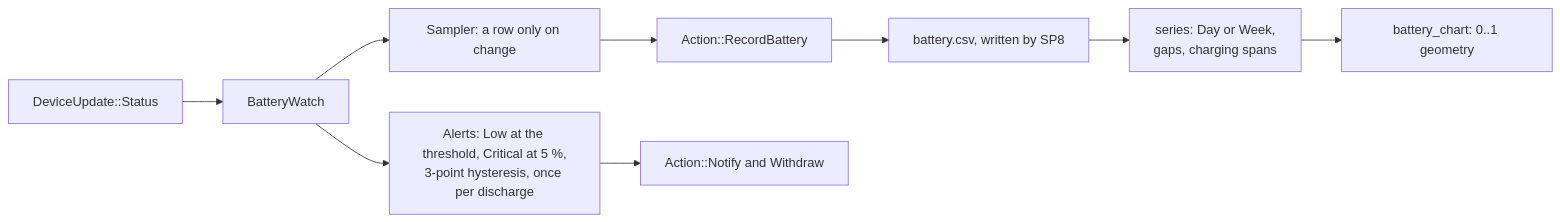
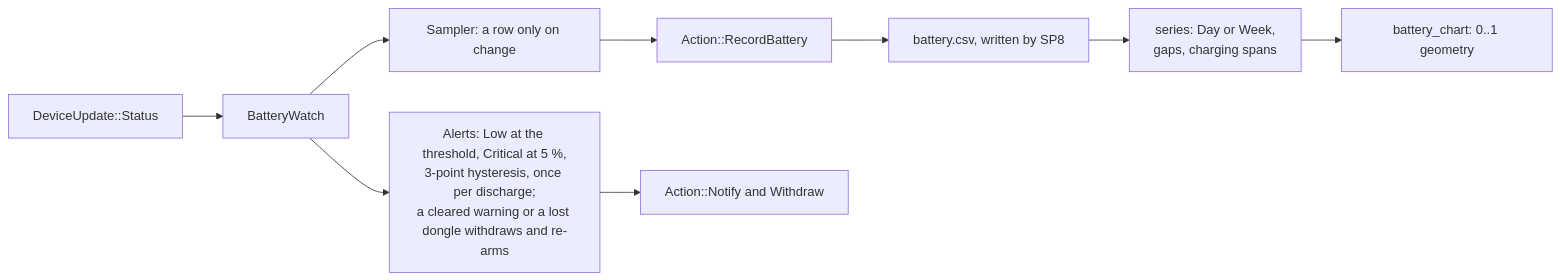
One commit to marcelogm/arctis-companion changed the fifth of 6 diagrams in docs/architecture/companion.md. Above: the diagram before and after it, drawn with Mermaid. The commit also changed other lines of this file and 1 other file, not shown here.

````diff
--- a/docs/architecture/companion.md
+++ b/docs/architecture/companion.md
@@ -97,8 +100,8 @@
 ```mermaid
 flowchart LR
     St["DeviceUpdate::Status"] --> W["BatteryWatch"]
     W --> Sa["Sampler: a row only on change"] --> R["Action::RecordBattery"]
-    W --> Al["Alerts: Low at the threshold, Critical at 5 %,<br/>3-point hysteresis, once per discharge"] --> N["Action::Notify and Withdraw"]
+    W --> Al["Alerts: Low at the threshold, Critical at 5 %,<br/>3-point hysteresis, once per discharge;<br/>a cleared warning or a lost dongle withdraws and re-arms"] --> N["Action::Notify and Withdraw"]
     R --> F["battery.csv, written by SP8"]
     F --> Se["series: Day or Week,<br/>gaps, charging spans"] --> Ch["battery_chart: 0..1 geometry"]
 ```
````
